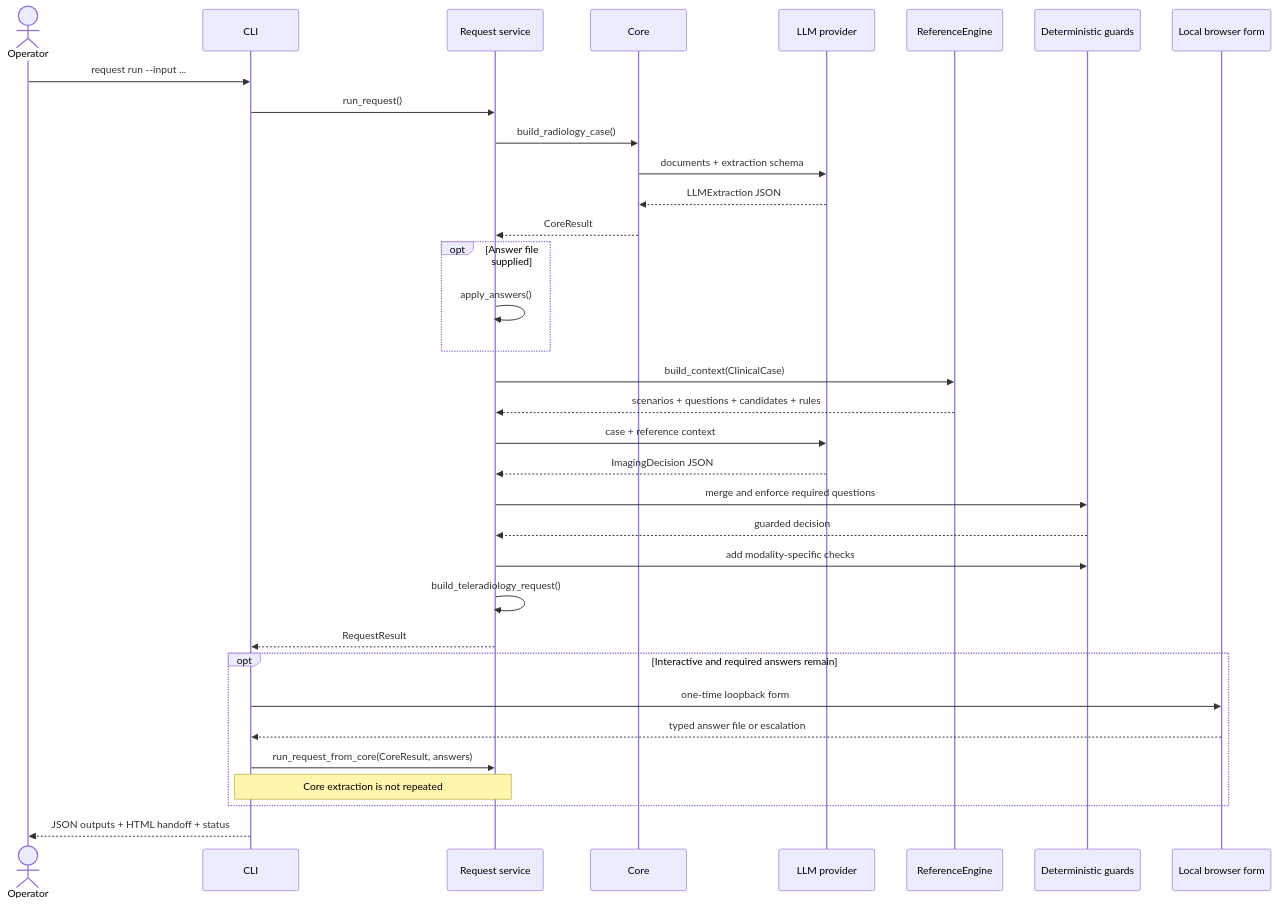
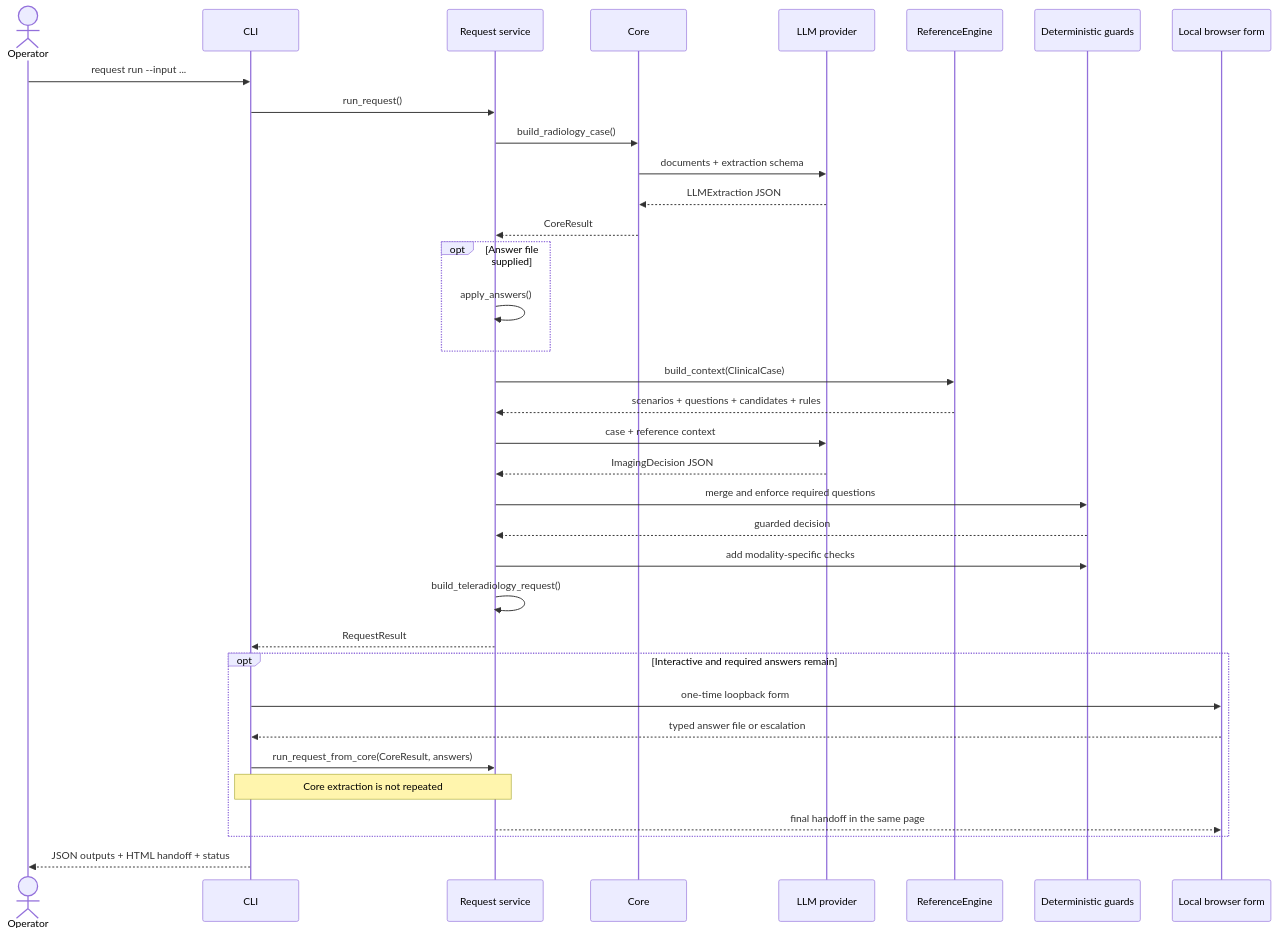
One commit to Thibescobar/bulkinout changed the third of 3 diagrams in docs/architecture.md. Above: the diagram before and after it, drawn with Mermaid. The commit also changed 12 other files, not shown here.

````diff
--- a/docs/architecture.md
+++ b/docs/architecture.md
@@ -101,37 +101,38 @@
 ```mermaid
 sequenceDiagram
     actor Operator
     participant CLI
     participant Service as Request service
     participant Core
     participant Model as LLM provider
     participant Ref as ReferenceEngine
     participant Guard as Deterministic guards
     participant Form as Local browser form
 
     Operator->>CLI: request run --input ...
     CLI->>Service: run_request()
     Service->>Core: build_radiology_case()
     Core->>Model: documents + extraction schema
     Model-->>Core: LLMExtraction JSON
     Core-->>Service: CoreResult
     opt Answer file supplied
         Service->>Service: apply_answers()
     end
     Service->>Ref: build_context(ClinicalCase)
     Ref-->>Service: scenarios + questions + candidates + rules
     Service->>Model: case + reference context
     Model-->>Service: ImagingDecision JSON
     Service->>Guard: merge and enforce required questions
     Guard-->>Service: guarded decision
     Service->>Guard: add modality-specific checks
     Service->>Service: build_teleradiology_request()
     Service-->>CLI: RequestResult
     opt Interactive and required answers remain
         CLI->>Form: one-time loopback form
         Form-->>CLI: typed answer file or escalation
         CLI->>Service: run_request_from_core(CoreResult, answers)
         Note over CLI,Service: Core extraction is not repeated
+        Service-->>Form: final handoff in the same page
     end
     CLI-->>Operator: JSON outputs + HTML handoff + status
 ```
````
